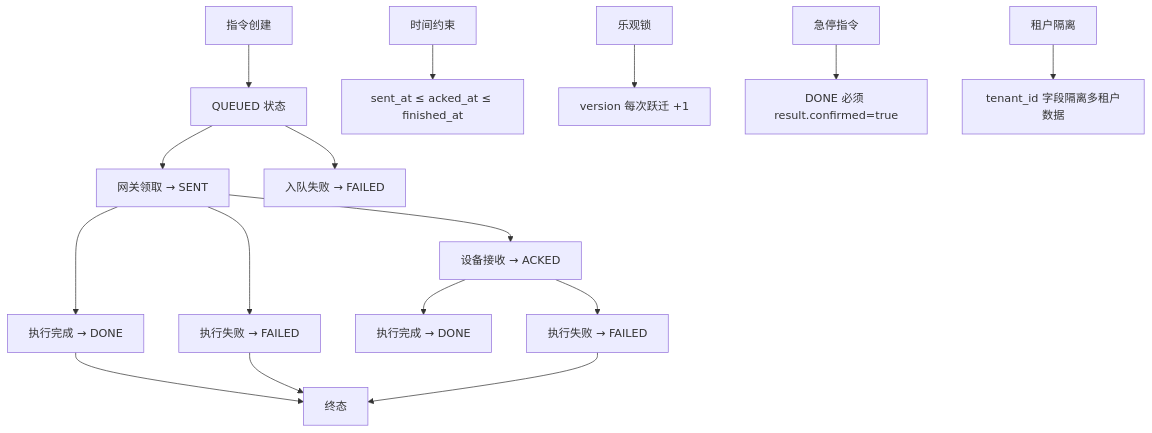
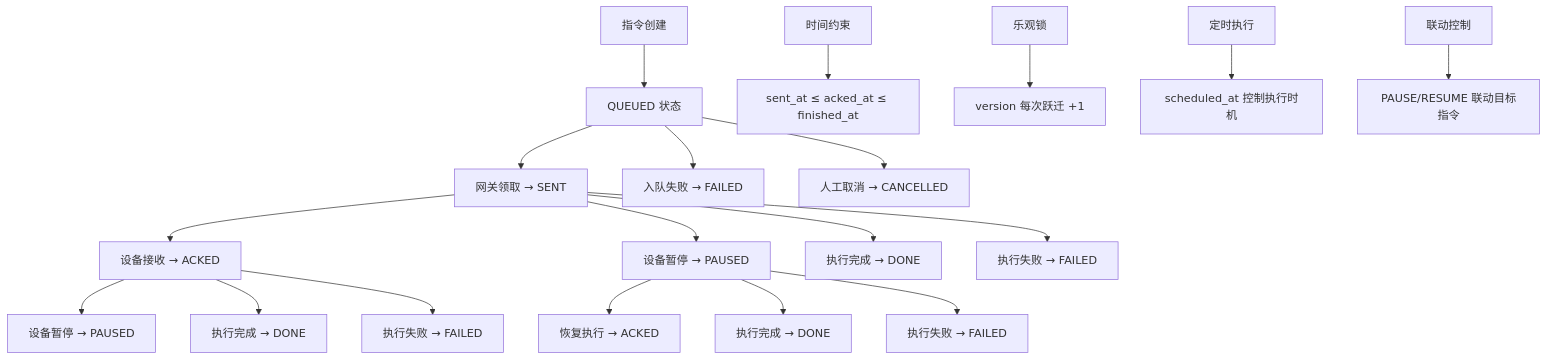
One commit to q446328246/agri-platform changed diagram 24 of 31 in .qoder/repowiki/zh/content/数据库设计/数据库设计.md. Above: the diagram before and after it, drawn with Mermaid. The commit also changed other lines of this file and 46 other files, not shown here.

````diff
--- a/.qoder/repowiki/zh/content/数据库设计/数据库设计.md
+++ b/.qoder/repowiki/zh/content/数据库设计/数据库设计.md
@@ -2166,18 +2296,21 @@
 ```mermaid
 flowchart TD
 A["指令创建"] --> B["QUEUED 状态"]
 B --> C["网关领取 → SENT"]
 B --> D["入队失败 → FAILED"]
-C --> E["设备接收 → ACKED"]
-C --> F["执行完成 → DONE"]
-C --> G["执行失败 → FAILED"]
-E --> H["执行完成 → DONE"]
-E --> I["执行失败 → FAILED"]
-F --> J["终态"]
-G --> J
-I --> J
-K["时间约束"] --> L["sent_at ≤ acked_at ≤ finished_at"]
-M["乐观锁"] --> N["version 每次跃迁 +1"]
-O["急停指令"] --> P["DONE 必须 result.confirmed=true"]
-Q["租户隔离"] --> R["tenant_id 字段隔离多租户数据"]
+B --> E["人工取消 → CANCELLED"]
+C --> F["设备接收 → ACKED"]
+C --> G["设备暂停 → PAUSED"]
+C --> H["执行完成 → DONE"]
+C --> I["执行失败 → FAILED"]
+F --> J["设备暂停 → PAUSED"]
+F --> K["执行完成 → DONE"]
+F --> L["执行失败 → FAILED"]
+G --> M["恢复执行 → ACKED"]
+G --> N["执行完成 → DONE"]
+G --> O["执行失败 → FAILED"]
+P["时间约束"] --> Q["sent_at ≤ acked_at ≤ finished_at"]
+R["乐观锁"] --> S["version 每次跃迁 +1"]
+T["定时执行"] --> U["scheduled_at 控制执行时机"]
+V["联动控制"] --> W["PAUSE/RESUME 联动目标指令"]
 ```
````
